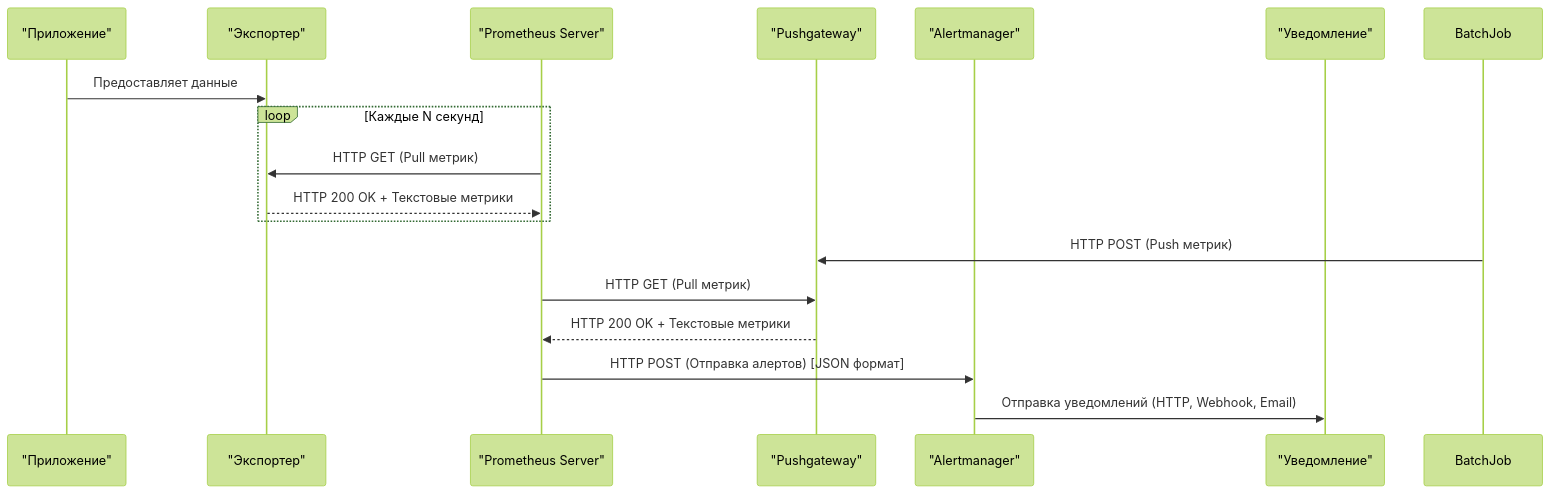
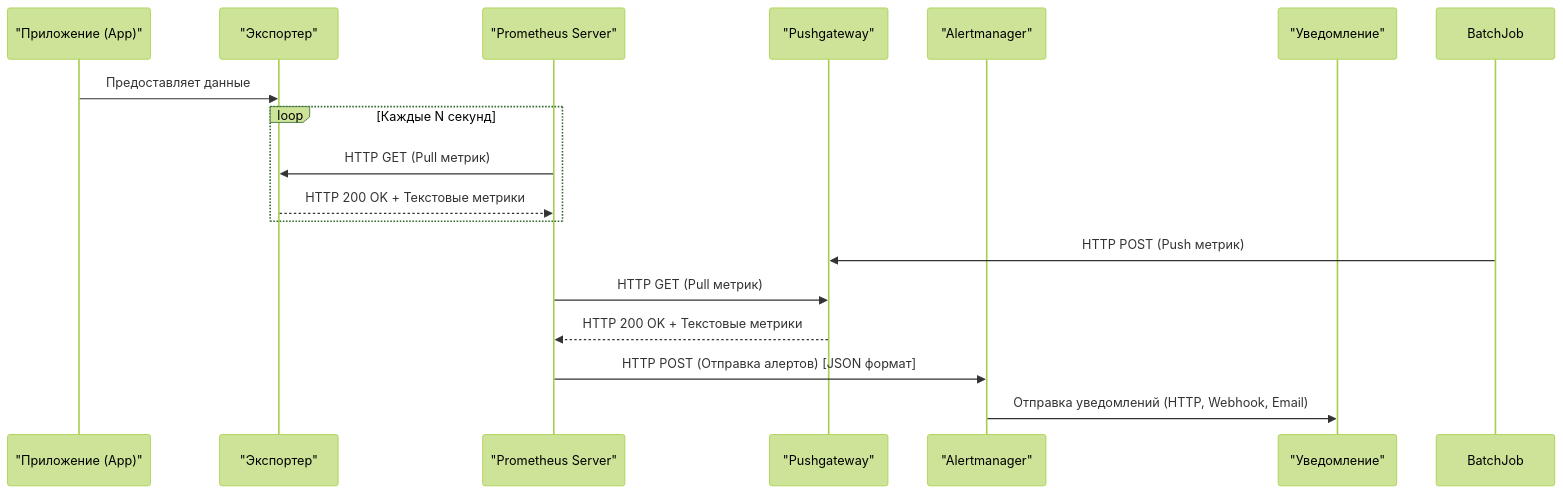
One commit to lamjob1993/linux-monitoring changed the diagram in prometheus/beginning/1. Введение (Основы Prometheus).md. Above: the diagram before and after it, drawn with Mermaid (forest theme).

Commit message:
Update 1. Введение (Основы Prometheus).md

````diff
--- a/prometheus/beginning/1. Введение (Основы Prometheus).md
+++ b/prometheus/beginning/1. Введение (Основы Prometheus).md
@@ -39,23 +39,23 @@
 ```mermaid
 sequenceDiagram
-    participant App as "Приложение"
+    participant App as "Приложение (App)"
     participant Exporter as "Экспортер"
     participant Prometheus as "Prometheus Server"
     participant Pushgateway as "Pushgateway"
     participant Alertmanager as "Alertmanager"
     participant Notification as "Уведомление"
 
     App->>Exporter: Предоставляет данные
     
     loop Каждые N секунд
         Prometheus->>Exporter: HTTP GET (Pull метрик)
         Exporter-->>Prometheus: HTTP 200 OK + Текстовые метрики
     end
     
     BatchJob->>Pushgateway: HTTP POST (Push метрик)
     Prometheus->>Pushgateway: HTTP GET (Pull метрик)
     Pushgateway-->>Prometheus: HTTP 200 OK + Текстовые метрики
     
     Prometheus->>Alertmanager: HTTP POST (Отправка алертов) [JSON формат]
     Alertmanager->>Notification: Отправка уведомлений (HTTP, Webhook, Email)
 ```
````
